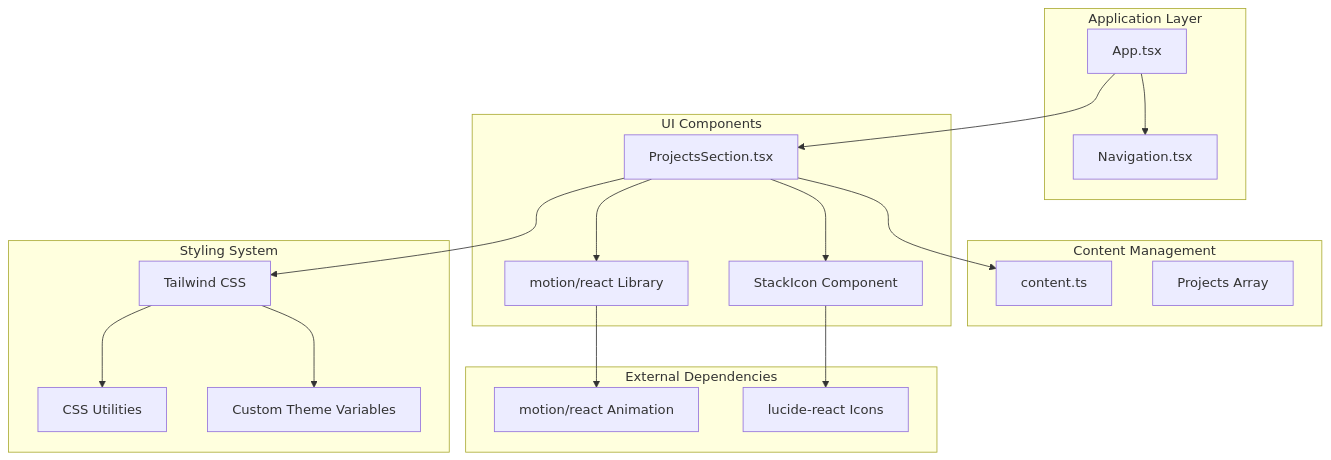
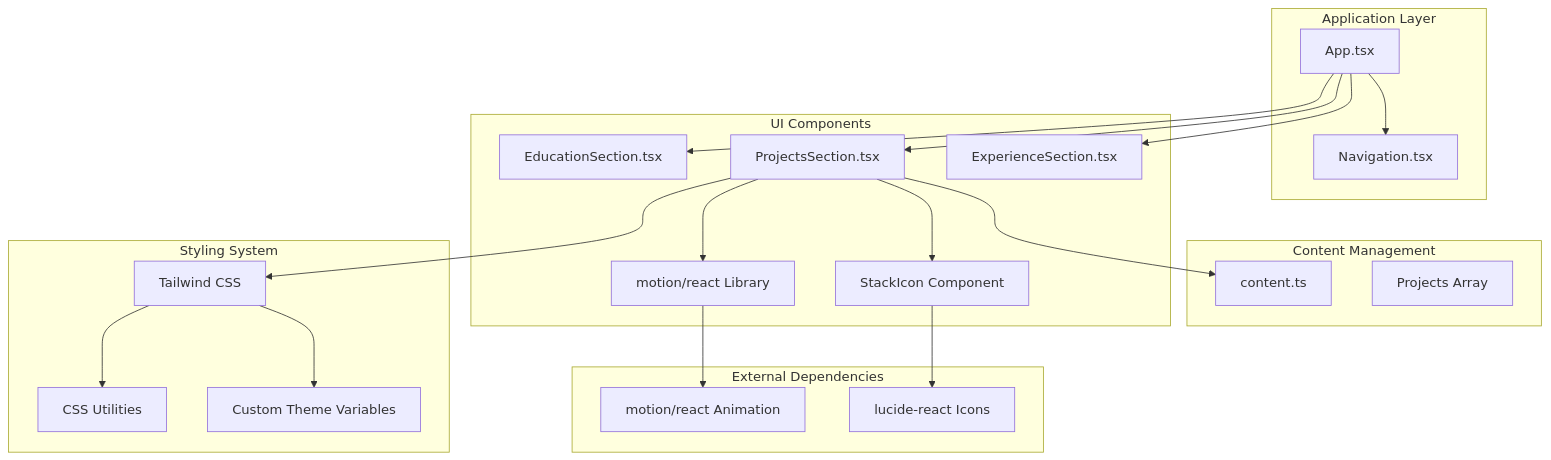
The first of 7 diagrams in .qoder/repowiki/en/content/Component Library & UI Elements/ProjectsSection Component.md (subash7781/Portfolio), drawn with Mermaid before and after one commit. The commit also changed other lines of this file and 5 other files, not shown here.

````diff
--- a/.qoder/repowiki/en/content/Component Library & UI Elements/ProjectsSection Component.md
+++ b/.qoder/repowiki/en/content/Component Library & UI Elements/ProjectsSection Component.md
@@ -38,35 +48,39 @@
 ```mermaid
 graph TB
 subgraph "Application Layer"
 App[App.tsx]
 Navigation[Navigation.tsx]
 end
 subgraph "Content Management"
 Content[content.ts]
 ProjectsData[Projects Array]
 end
 subgraph "UI Components"
+ExperienceSection[ExperienceSection.tsx]
 ProjectsSection[ProjectsSection.tsx]
+EducationSection[EducationSection.tsx]
 StackIcon[StackIcon Component]
 Motion[motion/react Library]
 end
 subgraph "Styling System"
 TailwindCSS[Tailwind CSS]
 Theme[Custom Theme Variables]
 CSSUtilities[CSS Utilities]
 end
 subgraph "External Dependencies"
 LucideIcons[lucide-react Icons]
 MotionLib[motion/react Animation]
 end
 App --> Navigation
+App --> ExperienceSection
 App --> ProjectsSection
+App --> EducationSection
 ProjectsSection --> Content
 ProjectsSection --> StackIcon
 ProjectsSection --> Motion
 StackIcon --> LucideIcons
 ProjectsSection --> TailwindCSS
 TailwindCSS --> Theme
 TailwindCSS --> CSSUtilities
 Motion --> MotionLib
 ```
````
